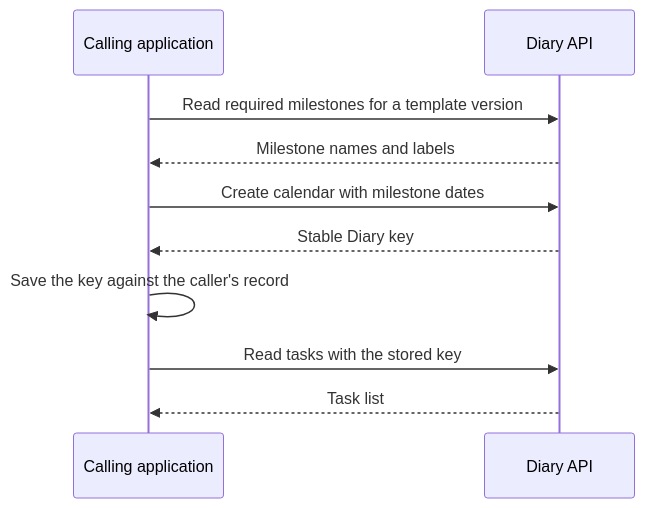
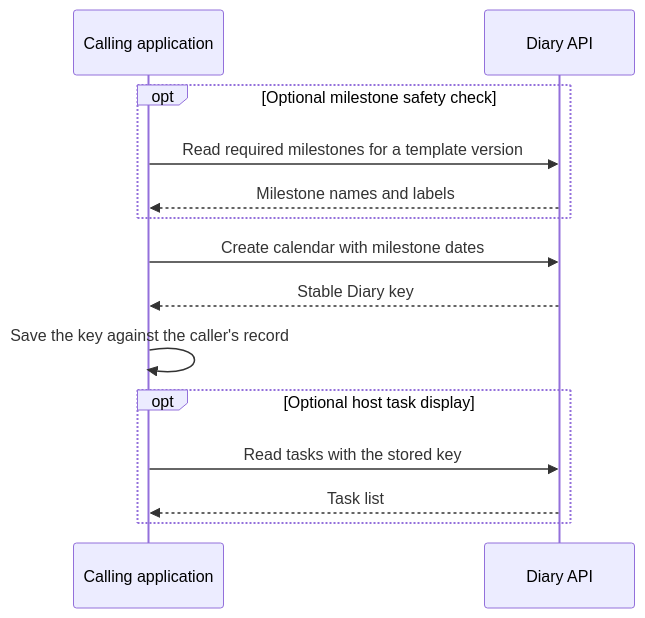
The second of 13 diagrams in docs/design/event-calendar.md (TonyFlury/GarageSale), drawn with Mermaid before and after one commit. The commit also changed other lines of this file and 1 other file, not shown here.

Commit message:
docs: mark Diary milestone and task reads as optional

````diff
--- a/docs/design/event-calendar.md
+++ b/docs/design/event-calendar.md
@@ -210,12 +212,16 @@
 ```mermaid
 sequenceDiagram
     participant H as Calling application
     participant D as Diary API
-    H->>D: Read required milestones for a template version
-    D-->>H: Milestone names and labels
+    opt Optional milestone safety check
+        H->>D: Read required milestones for a template version
+        D-->>H: Milestone names and labels
+    end
     H->>D: Create calendar with milestone dates
     D-->>H: Stable Diary key
     H->>H: Save the key against the caller's record
-    H->>D: Read tasks with the stored key
-    D-->>H: Task list
+    opt Optional host task display
+        H->>D: Read tasks with the stored key
+        D-->>H: Task list
+    end
 ```
````
